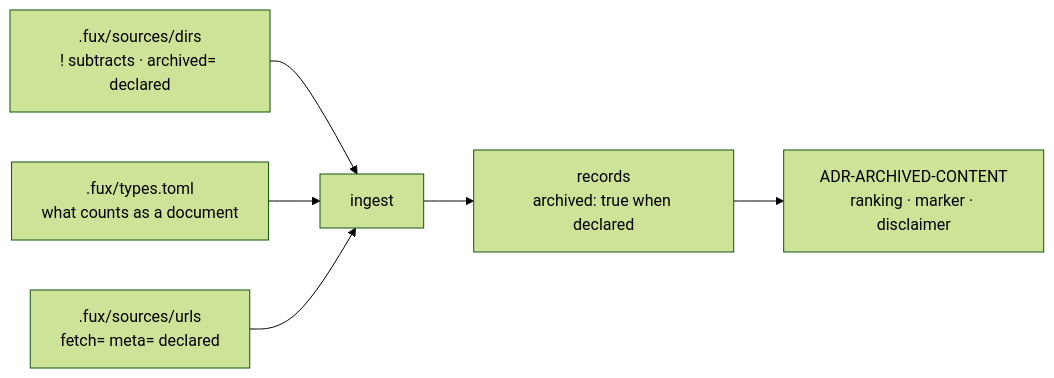
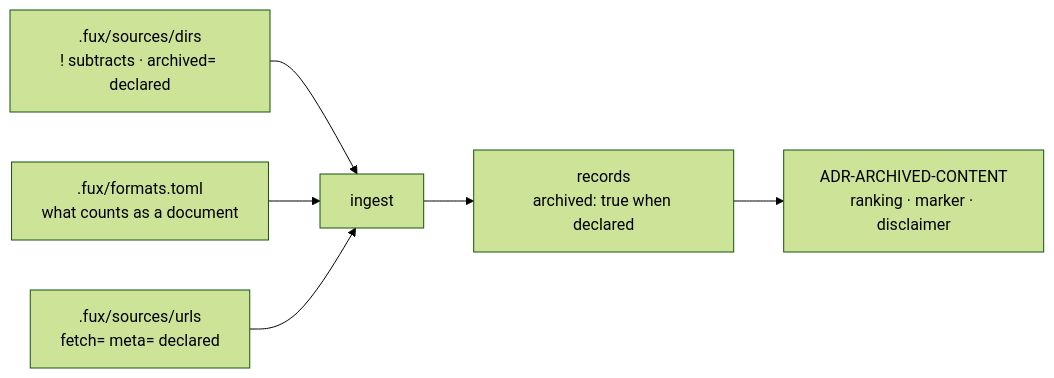
One commit to arpitarya/fux changed the diagram in docs/adr/0030_dir-list.md. Above: the diagram before and after it, drawn with Mermaid (forest theme). The commit also changed other lines of this file and 123 other files, not shown here.

First line of the commit message:
feat(W-130 follow-up): `.fux/types.toml` becomes `.fux/formats.toml`, and the headroom obligation is ratified

````diff
--- a/docs/adr/0030_dir-list.md
+++ b/docs/adr/0030_dir-list.md
@@ -48,8 +48,8 @@
 ```mermaid
 flowchart LR
     D[".fux/sources/dirs<br/>! subtracts · archived= declared"] --> I["ingest"]
-    T[".fux/types.toml<br/>what counts as a document"] --> I
+    T[".fux/formats.toml<br/>what counts as a document"] --> I
     U[".fux/sources/urls<br/>fetch= meta= declared"] --> I
     I --> R["records<br/>archived: true when declared"]
     R --> X["ADR-ARCHIVED-CONTENT<br/>ranking · marker · disclaimer"]
 ```
````
